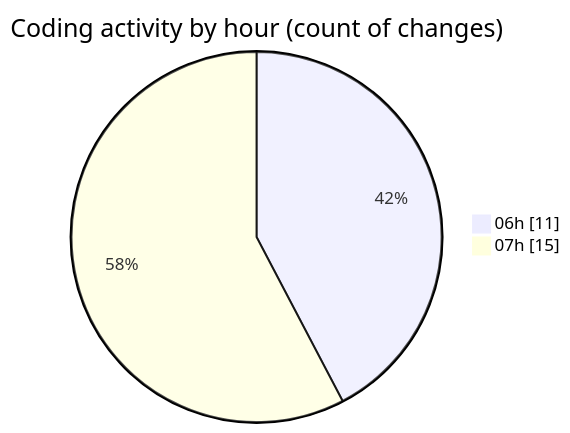
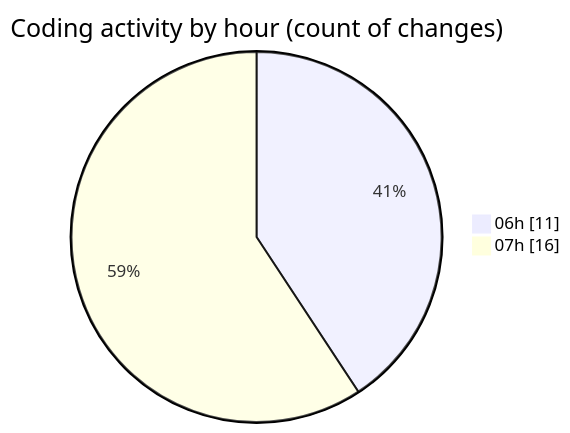
One commit to robertbonfada/code-tracking changed the second of 2 diagrams in 2025-01-22/mbc-web/README.md. Above: the diagram before and after it, drawn with Mermaid. The commit also changed other lines of this file and 1 other file, not shown here.

````diff
--- a/2025-01-22/mbc-web/README.md
+++ b/2025-01-22/mbc-web/README.md
@@ -32,6 +32,6 @@
 ```mermaid
 pie showData
 title Coding activity by hour (count of changes)
 "06h" : 11
-"07h" : 15
+"07h" : 16
 ```
````
